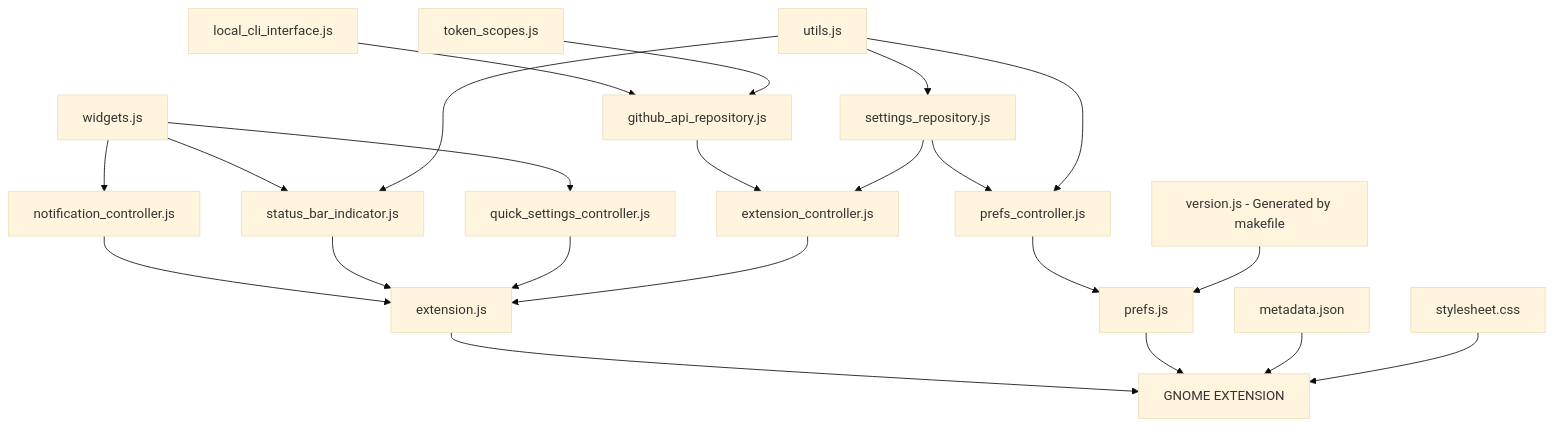
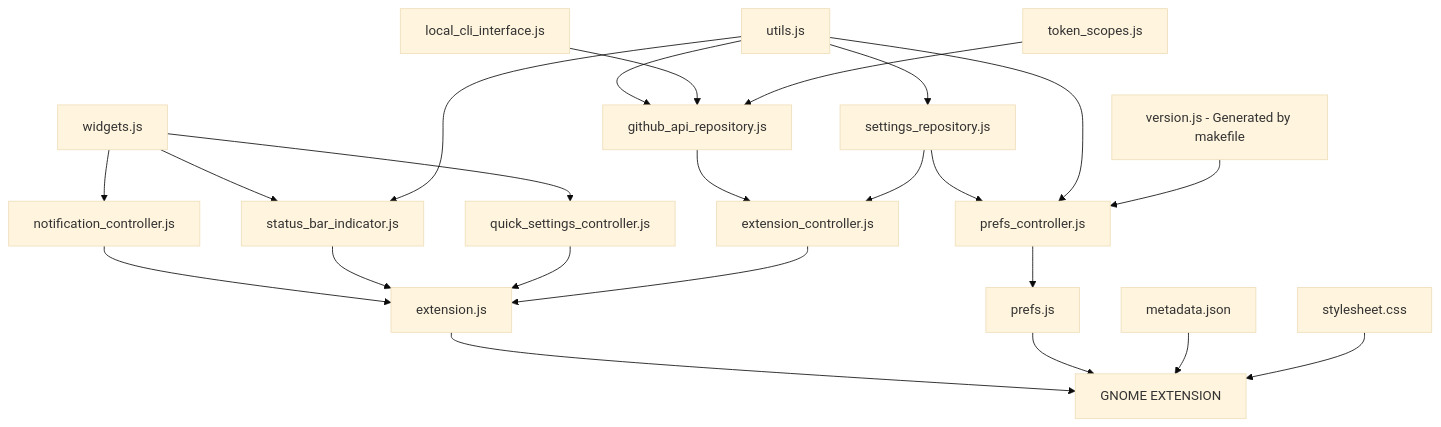
Before and after one commit to arononak/github-actions-gnome-extension: the diagram in README.md, drawn with Mermaid (base theme).

````diff
--- a/README.md
+++ b/README.md
@@ -34,26 +34,26 @@
 ```mermaid
 graph TD;
+    utils.js-->github_api_repository.js;
     local_cli_interface.js-->github_api_repository.js;
     token_scopes.js-->github_api_repository.js;
     github_api_repository.js-->extension_controller.js;
     widgets.js-->status_bar_indicator.js;
     widgets.js-->notification_controller.js;
     notification_controller.js-->extension.js;
     status_bar_indicator.js-->extension.js;
     settings_repository.js-->extension_controller.js;
     quick_settings_controller.js-->extension.js;
     widgets.js-->quick_settings_controller.js;
     extension_controller.js-->extension.js;
     utils.js-->status_bar_indicator.js;
     utils.js-->settings_repository.js;
     settings_repository.js-->prefs_controller.js;
     utils.js-->prefs_controller.js;
     prefs_controller.js-->prefs.js
-
-    version.js[version.js - Generated by makefile]-->prefs.js;
+    version.js[version.js - Generated by makefile]-->prefs_controller.js;
 
     extension.js-->EXTENSION[GNOME EXTENSION]
     prefs.js-->EXTENSION[GNOME EXTENSION]
     metadata.json-->EXTENSION[GNOME EXTENSION]
     stylesheet.css-->EXTENSION[GNOME EXTENSION]
 ```
````
